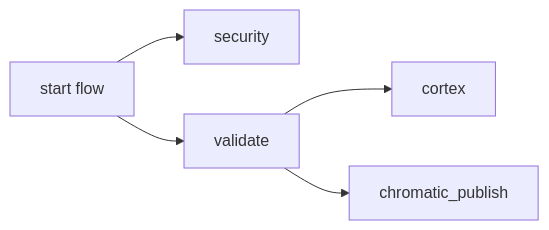
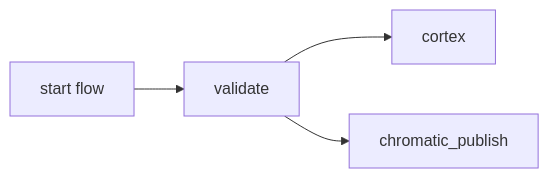
Before and after one commit to JupiterOne/.github: the second of 2 diagrams in .github/workflows/docs/frontend/frontend_runtime_deploy.md, drawn with Mermaid. The commit also changed other lines of this file and 24 other files, not shown here.

````diff
--- a/.github/workflows/docs/frontend/frontend_runtime_deploy.md
+++ b/.github/workflows/docs/frontend/frontend_runtime_deploy.md
@@ -73,13 +72,11 @@
 ```mermaid
 graph LR;
     A[start flow];
-    B[security];
     C[validate];
     D[cortex];
     E[chromatic_publish];
 
-    A --> B;
     A --> C;
     C --> D;
     C --> E;
 ```
````
